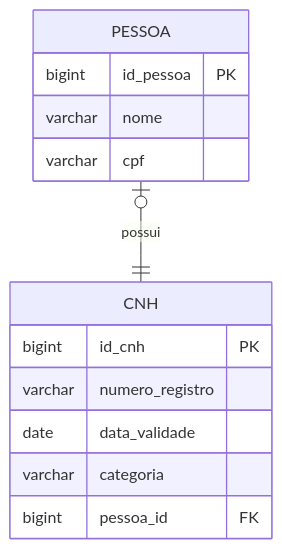
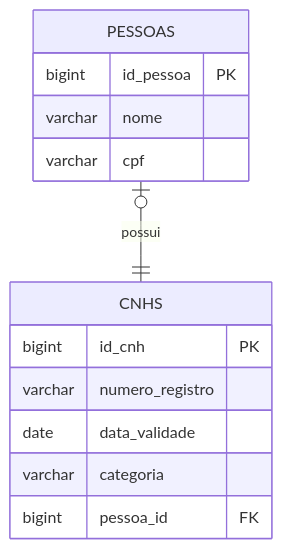
The third of 12 diagrams in aulas/Cardinalidade_MER_Completo.md (DSM-Fatec-Jahu/Banco-de-Dados-Relacional-IBD015), drawn with Mermaid before and after one commit. The commit also changed other lines of this file and 1 other file, not shown here.

````diff
--- a/aulas/Cardinalidade_MER_Completo.md
+++ b/aulas/Cardinalidade_MER_Completo.md
@@ -207,18 +207,18 @@
 ```mermaid
 erDiagram
-    PESSOA {
+    PESSOAS {
         bigint id_pessoa PK
         varchar nome
         varchar cpf
     }
 
-    CNH {
+    CNHS {
         bigint id_cnh PK
         varchar numero_registro
         date data_validade
         varchar categoria
         bigint pessoa_id FK
     }
 
-    PESSOA |o--|| CNH : "possui"
+    PESSOAS |o--|| CNHS : "possui"
 ```
````
